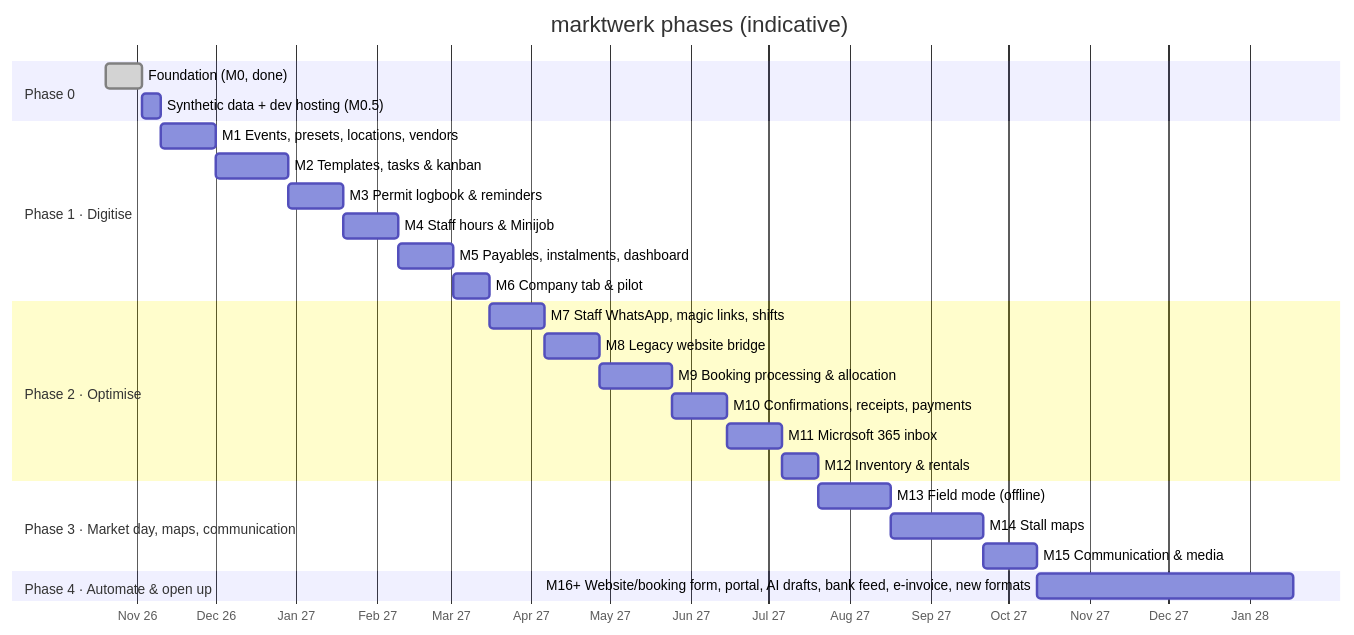
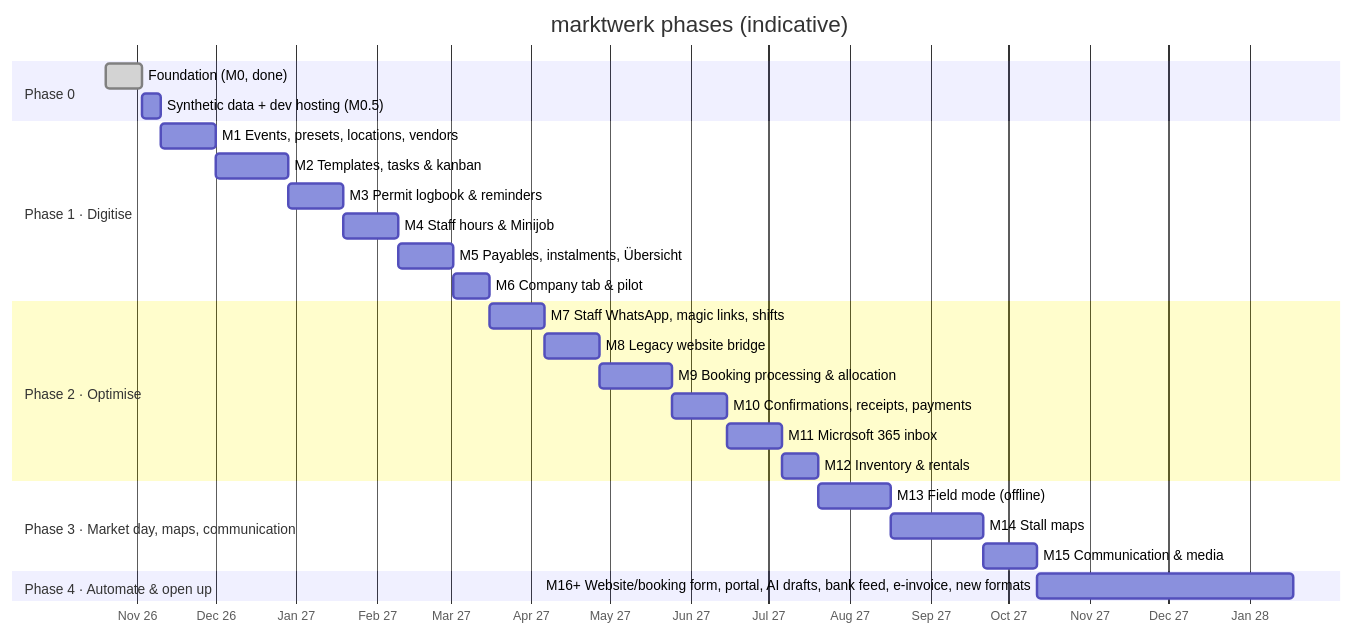
The diagram in docs/product/roadmap.md (coelln-konzept/marktwerk), drawn with Mermaid before and after one commit. The commit also changed other lines of this file and 15 other files, not shown here.

````diff
--- a/docs/product/roadmap.md
+++ b/docs/product/roadmap.md
@@ -14,29 +16,29 @@
 ```mermaid
 gantt
     title marktwerk phases (indicative)
     dateFormat  YYYY-MM-DD
     axisFormat  %b %y
     section Phase 0
     Foundation (M0, done)                    :done, p0, 2026-10-20, 2w
     Synthetic data + dev hosting (M0.5)      :m05, after p0, 1w
     section Phase 1 · Digitise
     M1 Events, presets, locations, vendors   :m1, after m05, 3w
     M2 Templates, tasks & kanban             :m2, after m1, 4w
     M3 Permit logbook & reminders            :m3, after m2, 3w
     M4 Staff hours & Minijob                 :m4, after m3, 3w
-    M5 Payables, instalments, dashboard      :m5, after m4, 3w
+    M5 Payables, instalments, Übersicht      :m5, after m4, 3w
     M6 Company tab & pilot                   :m6, after m5, 2w
     section Phase 2 · Optimise
     M7 Staff WhatsApp, magic links, shifts   :m7, after m6, 3w
     M8 Legacy website bridge                 :m8, after m7, 3w
     M9 Booking processing & allocation       :m9, after m8, 4w
     M10 Confirmations, receipts, payments    :m10, after m9, 3w
     M11 Microsoft 365 inbox                  :m11, after m10, 3w
     M12 Inventory & rentals                  :m12, after m11, 2w
     section Phase 3 · Market day, maps, communication
     M13 Field mode (offline)                 :m13, after m12, 4w
     M14 Stall maps                           :m14, after m13, 5w
     M15 Communication & media                :m15, after m14, 3w
     section Phase 4 · Automate & open up
     M16+ Website/booking form, portal, AI drafts, bank feed, e-invoice, new formats :m16, after m15, 14w
 ```
````
